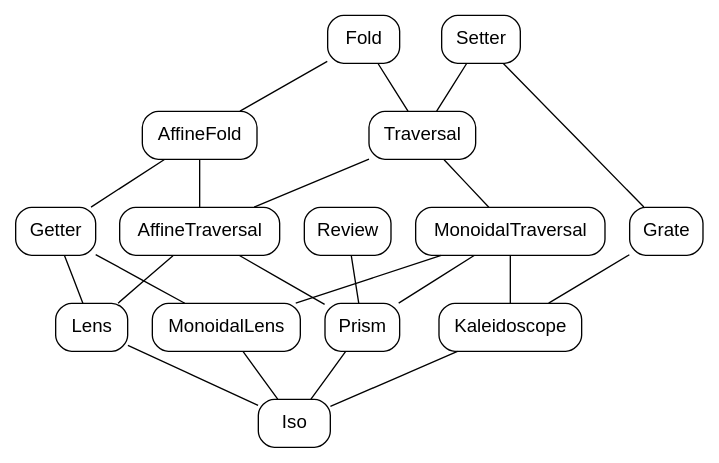
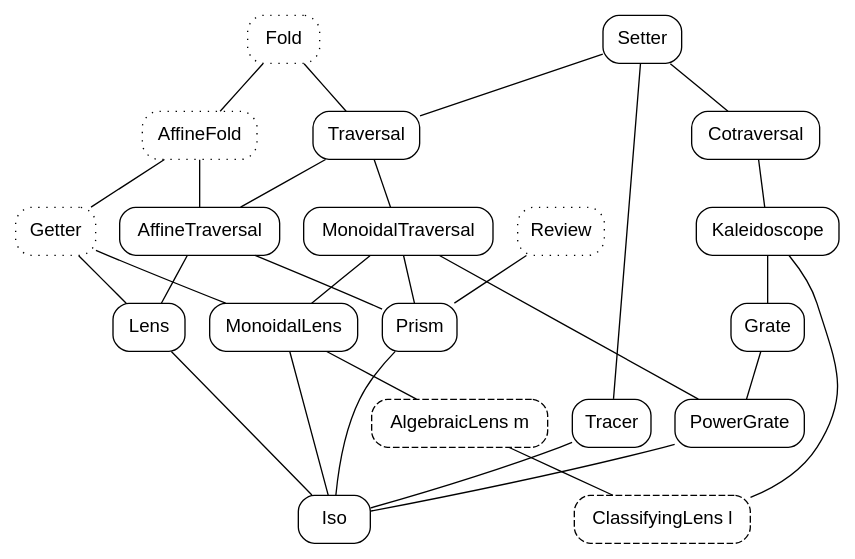
The diagram in proarrow/lattice.dot (sjoerdvisscher/proarrow), drawn with Graphviz before and after one commit. The commit also changed 9 other files, not shown here.

```diff
--- a/proarrow/lattice.dot
+++ b/proarrow/lattice.dot
@@ -1,15 +1,31 @@
 digraph optics {
   rankdir=TB; node [shape=box, style=rounded, fontname="Helvetica"]; edge [dir=none];
+  // Edges run weakest-to-strongest, mirroring the SubFlavor superclass structure.
+  // Dotted nodes are one-sided: their methods never mention the second witness, so its category
+  // may differ from the first's. Dashed nodes are indexed by a monad, so Iso has no edge to them.
+  node [style="rounded,dotted"]; Fold; AffineFold; Getter; Review;
+  node [style="rounded,dashed"];
+  AlgebraicLens [label="AlgebraicLens m"];
+  ClassifyingLens [label="ClassifyingLens l"];
+  node [style=rounded];
   { rank=same; Fold; Setter; }
-  { rank=same; Getter; AffineTraversal; MonoidalTraversal; Review; }
-  { rank=same; Lens; MonoidalLens; Prism; Kaleidoscope; }
-  Fold -> AffineFold;  Fold -> Traversal;  Setter -> Traversal; Setter -> Grate;
+
+  Fold -> AffineFold; Fold -> Traversal;
+  Setter -> Traversal; Setter -> Cotraversal; Setter -> Tracer;
+
   AffineFold -> Getter; AffineFold -> AffineTraversal;
   Traversal -> AffineTraversal; Traversal -> MonoidalTraversal;
+  Cotraversal -> Kaleidoscope;
+  Kaleidoscope -> Grate;
+
   Getter -> Lens; Getter -> MonoidalLens;
   AffineTraversal -> Lens; AffineTraversal -> Prism;
-  MonoidalTraversal -> MonoidalLens; MonoidalTraversal -> Prism; MonoidalTraversal -> Kaleidoscope;
+  MonoidalTraversal -> MonoidalLens; MonoidalTraversal -> Prism; MonoidalTraversal -> PowerGrate;
   Review -> Prism;
-  Grate -> Kaleidoscope;
-  Lens -> Iso; MonoidalLens -> Iso; Prism -> Iso; Kaleidoscope -> Iso;
+  Grate -> PowerGrate;
+
+  MonoidalLens -> AlgebraicLens;
+  AlgebraicLens -> ClassifyingLens; Kaleidoscope -> ClassifyingLens;
+
+  Lens -> Iso; MonoidalLens -> Iso; Prism -> Iso; PowerGrate -> Iso; Tracer -> Iso;
 }
```
